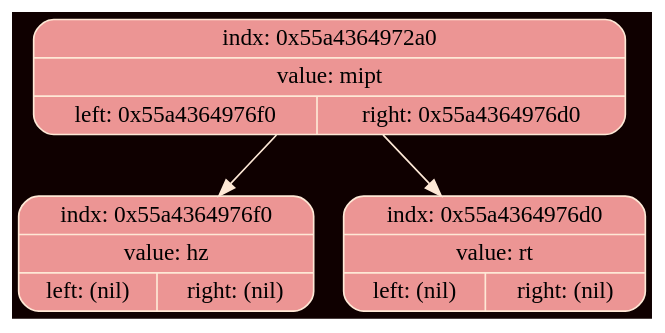
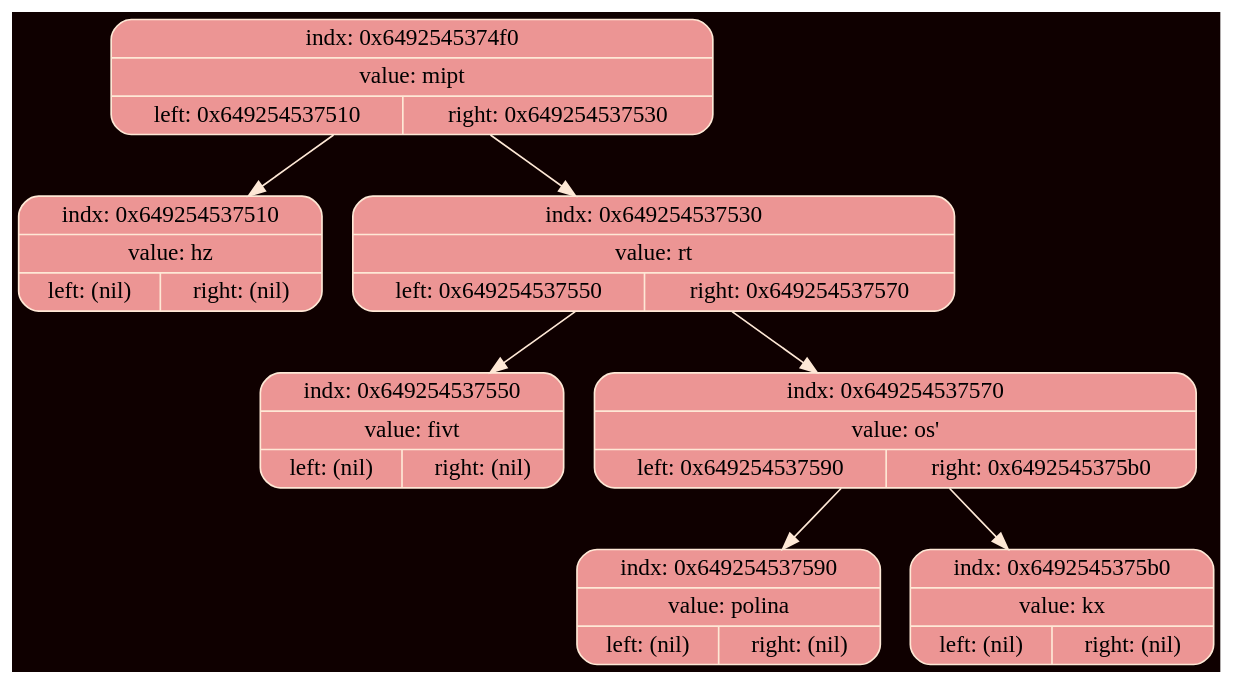
Before and after one commit to ksshkh/akinator: the diagram in debug/tree.dot, drawn with Graphviz. The commit also changed 17 other files, not shown here.

```diff
--- a/debug/tree.dot
+++ b/debug/tree.dot
@@ -1,11 +1,19 @@
 digraph Tree {
 	rankdir = TB;
 	node [shape = record];
 	edge[color = "#FEE8D6"];
 	bgcolor = "#0F0000";
-	node0x55a4364972a0 [color = "#FEE8D6", shape = Mrecord, style = filled, fillcolor = "#EC9594", label = "{indx: 0x55a4364972a0 | value: mipt | { left: 0x55a4364976f0 | right: 0x55a4364976d0}}"];
-		node0x55a4364972a0 -> node0x55a4364976f0
-	node0x55a4364976f0 [color = "#FEE8D6", shape = Mrecord, style = filled, fillcolor = "#EC9594", label = "{indx: 0x55a4364976f0 | value: hz | { left: (nil) | right: (nil)}}"];
-		node0x55a4364972a0 -> node0x55a4364976d0
-	node0x55a4364976d0 [color = "#FEE8D6", shape = Mrecord, style = filled, fillcolor = "#EC9594", label = "{indx: 0x55a4364976d0 | value: rt | { left: (nil) | right: (nil)}}"];
+	node0x6492545374f0 [color = "#FEE8D6", shape = Mrecord, style = filled, fillcolor = "#EC9594", label = "{indx: 0x6492545374f0 | value: mipt | { left: 0x649254537510 | right: 0x649254537530}}"];
+		node0x6492545374f0 -> node0x649254537510
+	node0x649254537510 [color = "#FEE8D6", shape = Mrecord, style = filled, fillcolor = "#EC9594", label = "{indx: 0x649254537510 | value: hz | { left: (nil) | right: (nil)}}"];
+		node0x6492545374f0 -> node0x649254537530
+	node0x649254537530 [color = "#FEE8D6", shape = Mrecord, style = filled, fillcolor = "#EC9594", label = "{indx: 0x649254537530 | value: rt | { left: 0x649254537550 | right: 0x649254537570}}"];
+		node0x649254537530 -> node0x649254537550
+	node0x649254537550 [color = "#FEE8D6", shape = Mrecord, style = filled, fillcolor = "#EC9594", label = "{indx: 0x649254537550 | value: fivt | { left: (nil) | right: (nil)}}"];
+		node0x649254537530 -> node0x649254537570
+	node0x649254537570 [color = "#FEE8D6", shape = Mrecord, style = filled, fillcolor = "#EC9594", label = "{indx: 0x649254537570 | value: os' | { left: 0x649254537590 | right: 0x6492545375b0}}"];
+		node0x649254537570 -> node0x649254537590
+	node0x649254537590 [color = "#FEE8D6", shape = Mrecord, style = filled, fillcolor = "#EC9594", label = "{indx: 0x649254537590 | value: polina | { left: (nil) | right: (nil)}}"];
+		node0x649254537570 -> node0x6492545375b0
+	node0x6492545375b0 [color = "#FEE8D6", shape = Mrecord, style = filled, fillcolor = "#EC9594", label = "{indx: 0x6492545375b0 | value: kx | { left: (nil) | right: (nil)}}"];
 }
```
